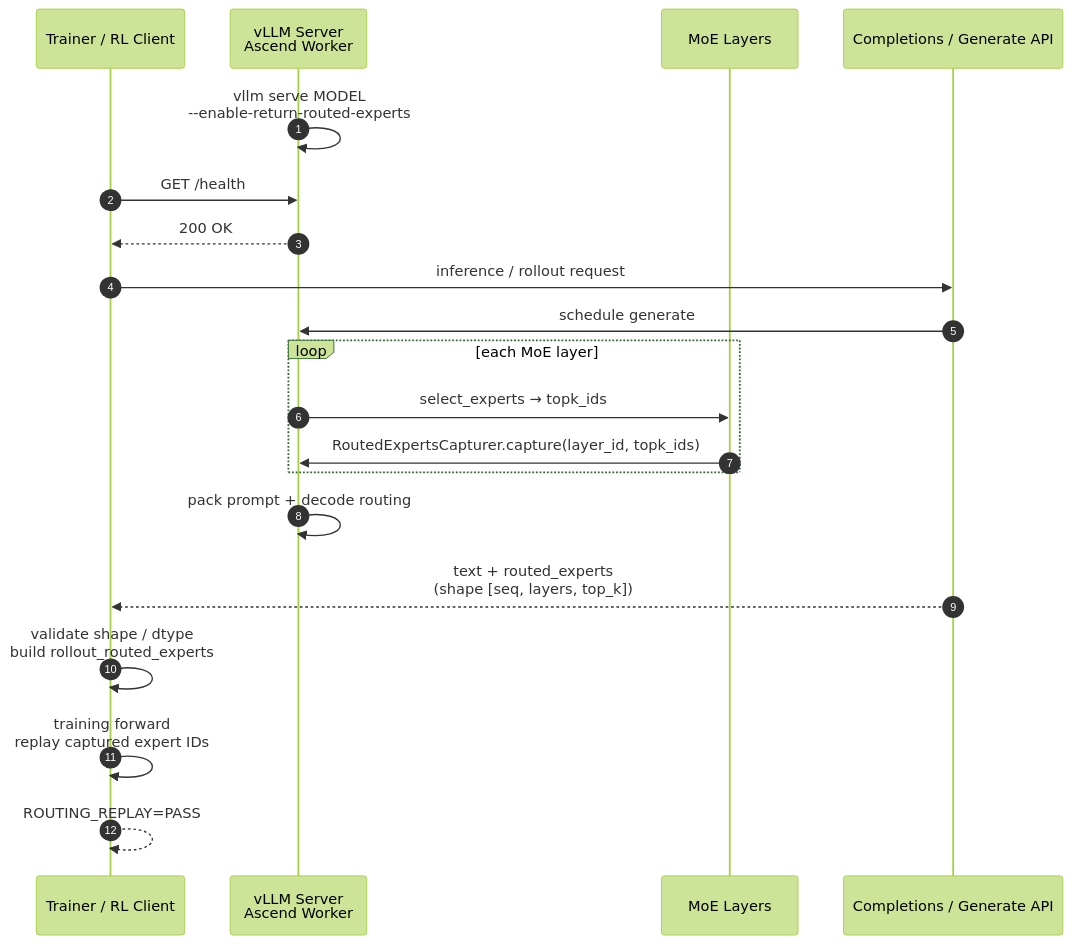
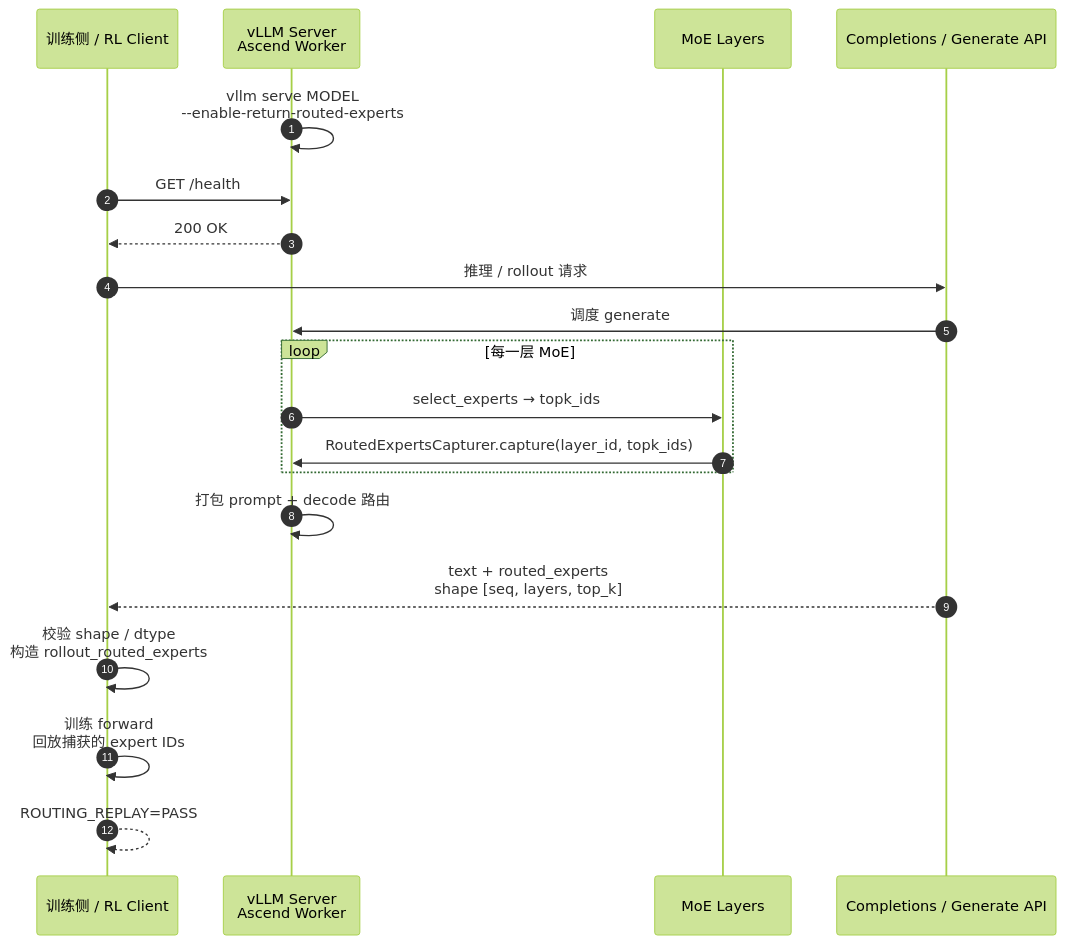
The diagram in docs/source/user_guide/feature_guide/routing_replay.md (yjyang62/vllm-ascend), drawn with Mermaid (forest theme) before and after one commit. The commit also changed other lines of this file and 1 other file, not shown here.

First line of the commit message:
docs: rewrite Routing Replay guide in Chinese

````diff
--- a/docs/source/user_guide/feature_guide/routing_replay.md
+++ b/docs/source/user_guide/feature_guide/routing_replay.md
@@ -67,25 +60,25 @@
 ```mermaid
 sequenceDiagram
     autonumber
-    participant T as Trainer / RL Client
+    participant T as 训练侧 / RL Client
     participant S as vLLM Server<br/>Ascend Worker
     participant M as MoE Layers
     participant A as Completions / Generate API
 
     S->>S: vllm serve MODEL<br/>--enable-return-routed-experts
     T->>S: GET /health
     S-->>T: 200 OK
 
-    T->>A: inference / rollout request
-    A->>S: schedule generate
-    loop each MoE layer
+    T->>A: 推理 / rollout 请求
+    A->>S: 调度 generate
+    loop 每一层 MoE
         S->>M: select_experts → topk_ids
         M->>S: RoutedExpertsCapturer.capture(layer_id, topk_ids)
     end
-    S->>S: pack prompt + decode routing
-    A-->>T: text + routed_experts<br/>(shape [seq, layers, top_k])
+    S->>S: 打包 prompt + decode 路由
+    A-->>T: text + routed_experts<br/>shape [seq, layers, top_k]
 
-    T->>T: validate shape / dtype<br/>build rollout_routed_experts
-    T->>T: training forward<br/>replay captured expert IDs
+    T->>T: 校验 shape / dtype<br/>构造 rollout_routed_experts
+    T->>T: 训练 forward<br/>回放捕获的 expert IDs
     T-->>T: ROUTING_REPLAY=PASS
 ```
````
